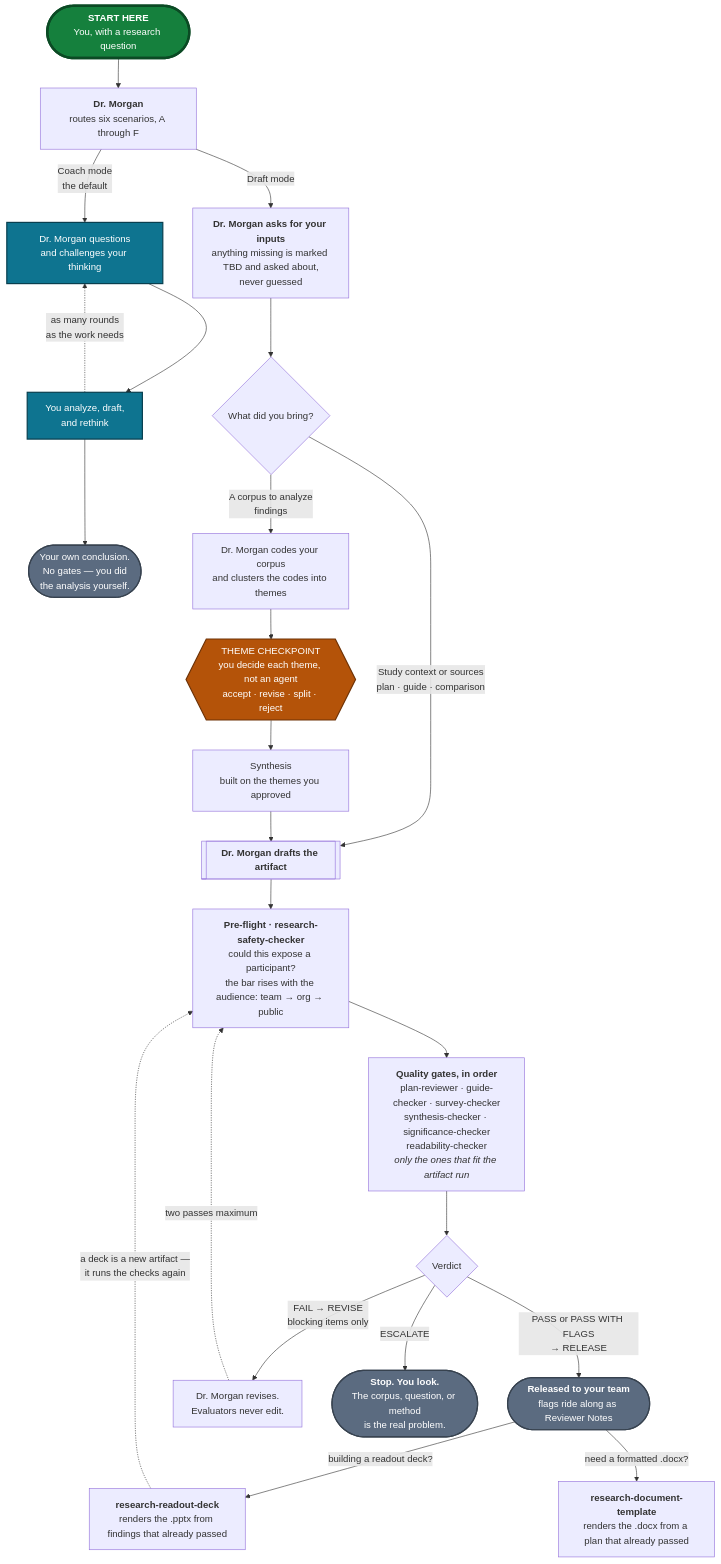
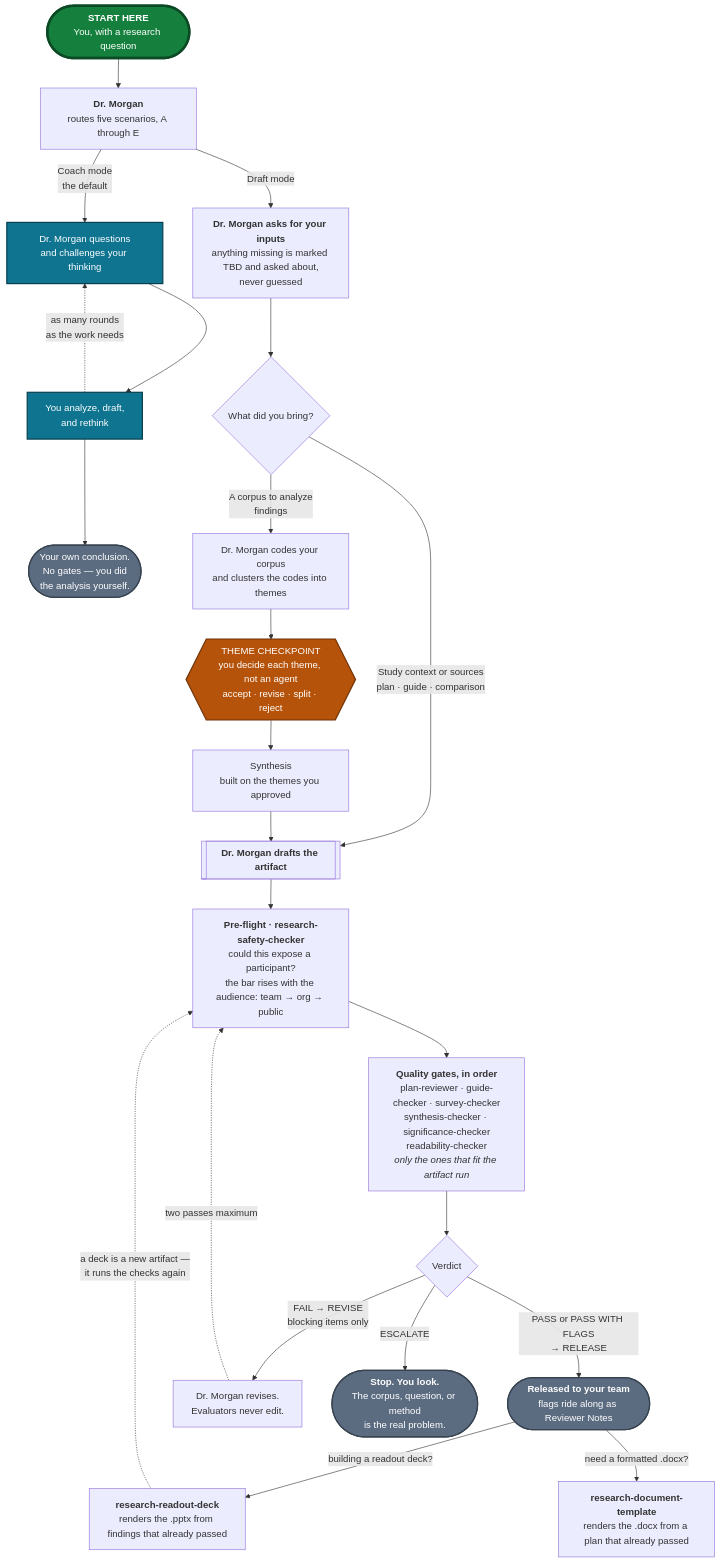
One commit to kirstenhosic/UX-Research-Skills-IBM-Secure changed the diagram in README.md. Above: the diagram before and after it, drawn with Mermaid. The commit also changed other lines of this file and 5 other files, not shown here.

````diff
--- a/README.md
+++ b/README.md
@@ -260,50 +260,50 @@
 ```mermaid
 flowchart TD
     START(["<b>START HERE</b><br/>You, with a research question"])
     START --> DM
 
-    DM["<b>Dr. Morgan</b><br/>routes six scenarios, A through F"]
+    DM["<b>Dr. Morgan</b><br/>routes five scenarios, A through E"]
 
     DM -->|"Coach mode<br/>the default"| COACH["Dr. Morgan questions<br/>and challenges your thinking"]
     COACH --> WORK["You analyze, draft,<br/>and rethink"]
     WORK -.->|"as many rounds<br/>as the work needs"| COACH
     WORK --> ENDC(["Your own conclusion.<br/>No gates — you did<br/>the analysis yourself."])
 
     DM -->|"Draft mode"| IN["<b>Dr. Morgan asks for your inputs</b><br/>anything missing is marked TBD and asked about,<br/>never guessed"]
     IN --> Q{"What did you bring?"}
 
     ART[["<b>Dr. Morgan drafts the artifact</b>"]]
     CL["Dr. Morgan codes your corpus<br/>and clusters the codes into themes"]
 
     Q -->|"Study context or sources<br/>plan · guide · comparison"| ART
     Q -->|"A corpus to analyze<br/>findings"| CL
 
     CL --> TC{{"THEME CHECKPOINT<br/>you decide each theme, not an agent<br/>accept · revise · split · reject"}}
     TC --> SY["Synthesis<br/>built on the themes you approved"]
     SY --> ART
 
     ART --> PF["<b>Pre-flight · research-safety-checker</b><br/>could this expose a participant?<br/>the bar rises with the audience: team → org → public"]
     PF --> G["<b>Quality gates, in order</b><br/>plan-reviewer · guide-checker · survey-checker<br/>synthesis-checker · significance-checker<br/>readability-checker<br/><i>only the ones that fit the artifact run</i>"]
     G --> V{"Verdict"}
 
     V -->|"PASS or PASS WITH FLAGS<br/>→ RELEASE"| ENDR(["<b>Released to your team</b><br/>flags ride along as Reviewer Notes"])
 
     V -->|"FAIL → REVISE<br/>blocking items only"| RV["Dr. Morgan revises.<br/>Evaluators never edit."]
     RV -.->|"two passes maximum"| PF
 
     V -->|"ESCALATE"| ENDE(["<b>Stop. You look.</b><br/>The corpus, question, or method<br/>is the real problem."])
 
     ENDR -->|"building a readout deck?"| SK["<b>research-readout-deck</b><br/>renders the .pptx from findings that already passed"]
     SK -.->|"a deck is a new artifact —<br/>it runs the checks again"| PF
 
     ENDR -->|"need a formatted .docx?"| DOC["<b>research-document-template</b><br/>renders the .docx from a plan that already passed"]
 
     classDef entry  fill:#15803D,stroke:#0B4A24,stroke-width:4px,color:#FFFFFF
     classDef coach  fill:#0E7490,stroke:#083F4F,stroke-width:2px,color:#FFFFFF
     classDef human  fill:#B45309,stroke:#6E3206,stroke-width:2px,color:#FFFFFF
     classDef ending fill:#5B6B80,stroke:#37424F,stroke-width:2px,color:#FFFFFF
     class START entry
     class COACH,WORK coach
     class TC human
     class ENDC,ENDR,ENDE ending
 ```
````
